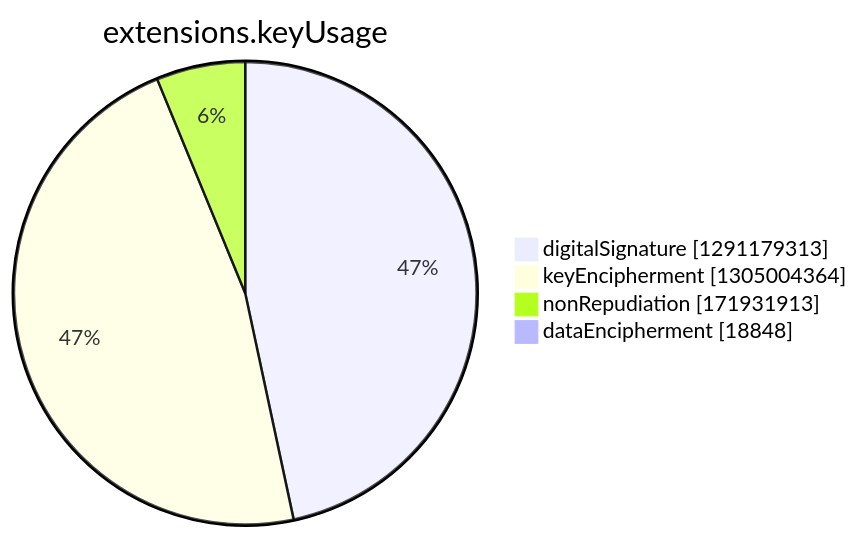
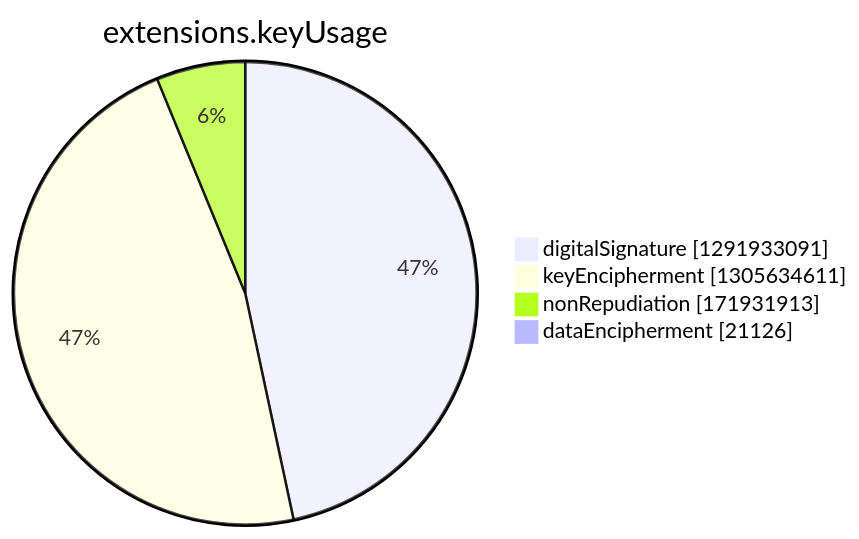
One commit to christiankrug/ctmonitor_visualization changed the seventh of 15 diagrams in argon2022/README.md. Above: the diagram before and after it, drawn with Mermaid. The commit also changed other lines of this file, not shown here.

````diff
--- a/argon2022/README.md
+++ b/argon2022/README.md
@@ -2748,8 +2748,8 @@
 ```mermaid
 pie showData
 title extensions.keyUsage
-"digitalSignature" :1291179313
-"keyEncipherment" :1305004364
+"digitalSignature" :1291933091
+"keyEncipherment" :1305634611
 "nonRepudiation" :171931913
-"dataEncipherment" :18848
+"dataEncipherment" :21126
 ```
````
